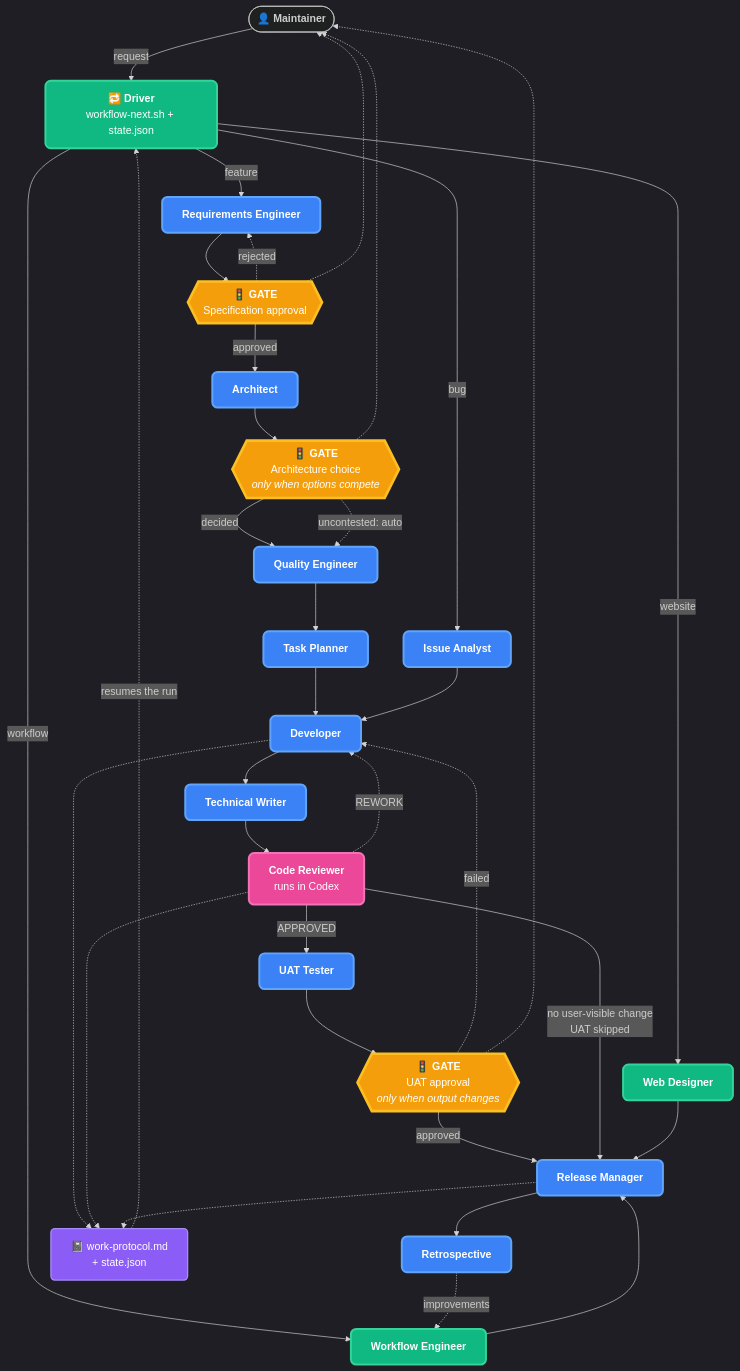
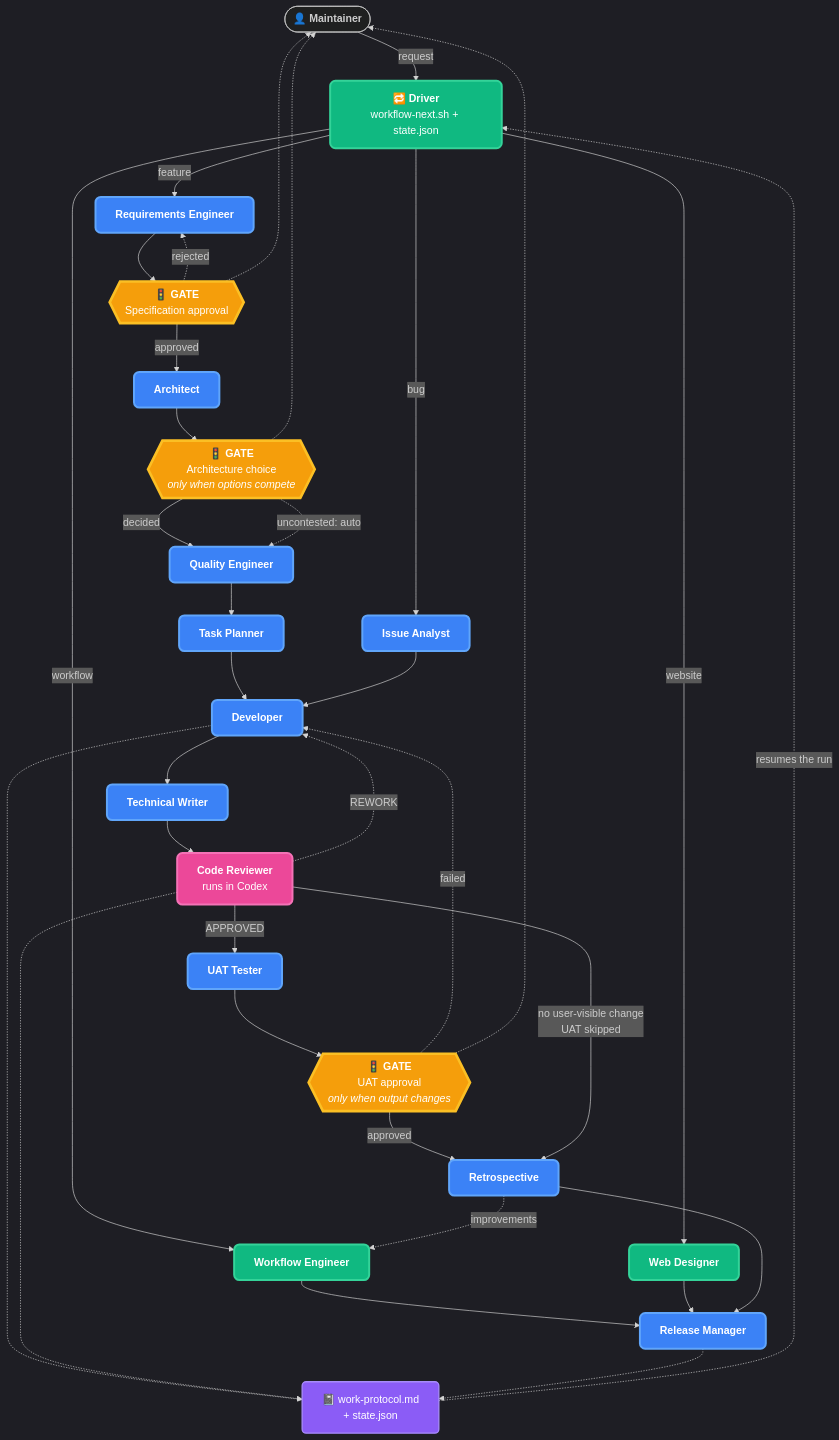
One commit to oocx/tfplan2md changed the diagram in docs/workflow.md. Above: the diagram before and after it, drawn with Mermaid. The commit also changed other lines of this file and 33 other files, not shown here.

````diff
--- a/docs/workflow.md
+++ b/docs/workflow.md
@@ -15,77 +15,77 @@
 ```mermaid
 %%{init: {'theme':'dark', 'themeVariables': { 'fontSize':'16px', 'fontFamily':'ui-sans-serif, system-ui, sans-serif'}}}%%
 flowchart TB
     classDef role fill:#3b82f6,stroke:#60a5fa,stroke-width:3px,color:#ffffff,rx:8,ry:8;
     classDef artifact fill:#8b5cf6,stroke:#a78bfa,stroke-width:2px,color:#ffffff,rx:6,ry:6;
     classDef meta fill:#10b981,stroke:#34d399,stroke-width:3px,color:#ffffff,rx:8,ry:8;
     classDef gate fill:#f59e0b,stroke:#fbbf24,stroke-width:4px,color:#ffffff,rx:10,ry:10;
     classDef external fill:#ec4899,stroke:#f472b6,stroke-width:3px,color:#ffffff,rx:8,ry:8;
 
     HUMAN(["👤 <b>Maintainer</b>"])
     DRIVER["🔁 <b>Driver</b><br/>workflow-next.sh + state.json"]
 
     RE["<b>Requirements Engineer</b>"]
     IAR["<b>Issue Analyst</b>"]
     WEN["<b>Workflow Engineer</b>"]
     WDS["<b>Web Designer</b>"]
 
     G1{{"🚦 <b>GATE</b><br/>Specification approval"}}
     AR["<b>Architect</b>"]
     G2{{"🚦 <b>GATE</b><br/>Architecture choice<br/><i>only when options compete</i>"}}
 
     QE["<b>Quality Engineer</b>"]
     TPL["<b>Task Planner</b>"]
     DEV["<b>Developer</b>"]
     TW["<b>Technical Writer</b>"]
     CR["<b>Code Reviewer</b><br/>runs in Codex"]
     UAT["<b>UAT Tester</b>"]
     G3{{"🚦 <b>GATE</b><br/>UAT approval<br/><i>only when output changes</i>"}}
     RM["<b>Release Manager</b>"]
     RETRO["<b>Retrospective</b>"]
 
     WP["📓 work-protocol.md<br/>+ state.json"]
 
     HUMAN -->|"request"| DRIVER
     DRIVER -->|"feature"| RE
     DRIVER -->|"bug"| IAR
     DRIVER -->|"workflow"| WEN
     DRIVER -->|"website"| WDS
 
     RE --> G1
     G1 -->|"approved"| AR
     G1 -.->|"rejected"| RE
     AR --> G2
     G2 -->|"decided"| QE
     G2 -.->|"uncontested: auto"| QE
 
     QE --> TPL --> DEV --> TW --> CR
     IAR --> DEV
     CR -->|"APPROVED"| UAT
     CR -.->|"REWORK"| DEV
 
     UAT --> G3
-    G3 -->|"approved"| RM
+    G3 -->|"approved"| RETRO
     G3 -.->|"failed"| DEV
-    CR -->|"no user-visible change<br/>UAT skipped"| RM
+    CR -->|"no user-visible change<br/>UAT skipped"| RETRO
 
     WEN --> RM
     WDS --> RM
-    RM --> RETRO
+    RETRO --> RM
     RETRO -.->|"improvements"| WEN
 
     DEV -.-> WP
     CR -.-> WP
     RM -.-> WP
     WP -.->|"resumes the run"| DRIVER
 
     G1 -.-> HUMAN
     G2 -.-> HUMAN
     G3 -.-> HUMAN
 
     class RE,IAR,AR,QE,TPL,DEV,TW,UAT,RM,RETRO role;
     class WEN,WDS meta;
     class CR external;
     class G1,G2,G3 gate;
     class WP artifact;
     class DRIVER meta;
 ```
````
